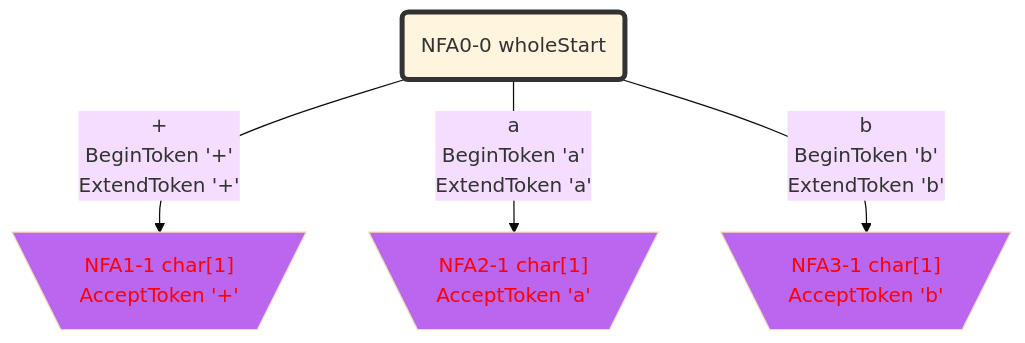
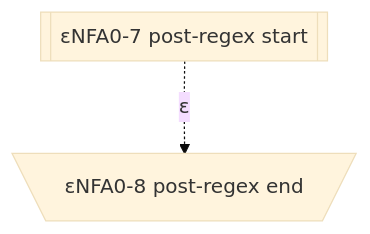
The tenth of 17 diagrams in Practices/Practice.GeneratedXxxFormat.Test/GeneratedABB/LexicalAnalyzer/README.gen.md (bitzhuwei/GrammarMentor), drawn with Mermaid (base theme) before and after one commit. The commit also changed other lines of this file and 3868 other files, not shown here.

````diff
--- a/Practices/Practice.GeneratedXxxFormat.Test/GeneratedABB/LexicalAnalyzer/README.gen.md
+++ b/Practices/Practice.GeneratedXxxFormat.Test/GeneratedABB/LexicalAnalyzer/README.gen.md
@@ -443,39 +298,21 @@
 ```Mermaid
 flowchart
 classDef c0001 color:#FF0000;
 classDef c0010 stroke-dasharray: 10 10;
 classDef c0011 stroke-dasharray: 10 10,color:#FF0000;
 classDef c0100 fill:#BB66EE;
 classDef c0101 fill:#BB66EE,color:#FF0000;
 classDef c0110 fill:#BB66EE,stroke-dasharray: 10 10;
 classDef c0111 fill:#BB66EE,stroke-dasharray: 10 10,color:#FF0000;
 classDef c1000 stroke:#333,stroke-width:4px;
 classDef c1001 stroke:#333,stroke-width:4px,color:#FF0000;
 classDef c1010 stroke:#333,stroke-width:4px,stroke-dasharray: 10 10;
 classDef c1011 stroke:#333,stroke-width:4px,stroke-dasharray: 10 10,color:#FF0000;
 classDef c1100 stroke:#333,stroke-width:4px,fill:#BB66EE;
 classDef c1101 stroke:#333,stroke-width:4px,fill:#BB66EE,color:#FF0000;
 classDef c1110 stroke:#333,stroke-width:4px,fill:#BB66EE,stroke-dasharray: 10 10;
 classDef c1111 stroke:#333,stroke-width:4px,fill:#BB66EE,stroke-dasharray: 10 10,color:#FF0000;
-NFA0_0_63388340("NFA0-0 wholeStart")
-class NFA0_0_63388340 c1000;
-NFA1_1_44325851[\"NFA1-1 char[1]
-AcceptToken '+'"/]
-class NFA1_1_44325851 c0101;
-NFA2_1_33624151[\"NFA2-1 char[1]
-AcceptToken 'a'"/]
-class NFA2_1_33624151 c0101;
-NFA3_1_34181910[\"NFA3-1 char[1]
-AcceptToken 'b'"/]
-class NFA3_1_34181910 c0101;
-NFA0_0_63388340 -->|"+
-BeginToken '+'
-ExtendToken '+'"|NFA1_1_44325851
-NFA0_0_63388340 -->|"a
-BeginToken 'a'
-ExtendToken 'a'"|NFA2_1_33624151
-NFA0_0_63388340 -->|"b
-BeginToken 'b'
-ExtendToken 'b'"|NFA3_1_34181910
-
+eNFA0_7_6122357[["εNFA0-7 post-regex start"]]
+eNFA0_8_55101221[\"εNFA0-8 post-regex end"/]
+eNFA0_7_6122357 -.->|"ε"|eNFA0_8_55101221
 ```
````
